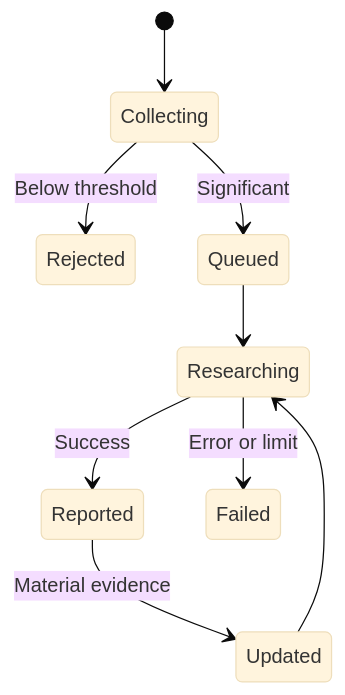
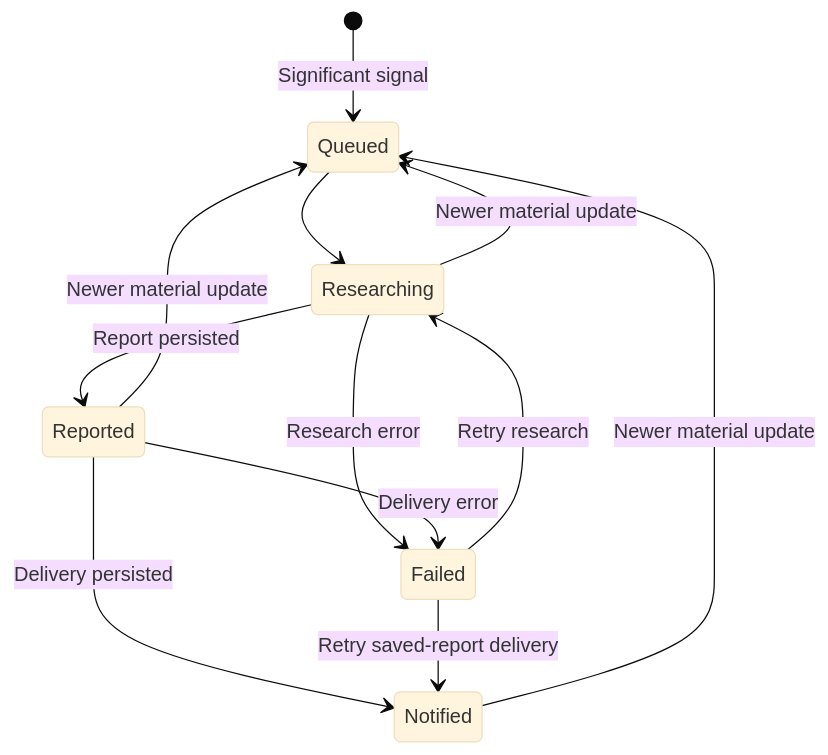
The second of 2 diagrams in docs/ARCHITECTURE.md (CarloVelarde/ai-investment-assistant), drawn with Mermaid (base theme) before and after one commit. The commit also changed other lines of this file and 14 other files, not shown here.

````diff
--- a/docs/ARCHITECTURE.md
+++ b/docs/ARCHITECTURE.md
@@ -98,11 +98,14 @@
 ```mermaid
 stateDiagram-v2
-    [*] --> Collecting
-    Collecting --> Rejected: Below threshold
-    Collecting --> Queued: Significant
+    [*] --> Queued: Significant signal
     Queued --> Researching
-    Researching --> Reported: Success
-    Researching --> Failed: Error or limit
-    Reported --> Updated: Material evidence
-    Updated --> Researching
+    Researching --> Reported: Report persisted
+    Researching --> Failed: Research error
+    Reported --> Notified: Delivery persisted
+    Reported --> Failed: Delivery error
+    Failed --> Researching: Retry research
+    Failed --> Notified: Retry saved-report delivery
+    Researching --> Queued: Newer material update
+    Reported --> Queued: Newer material update
+    Notified --> Queued: Newer material update
 ```
````
